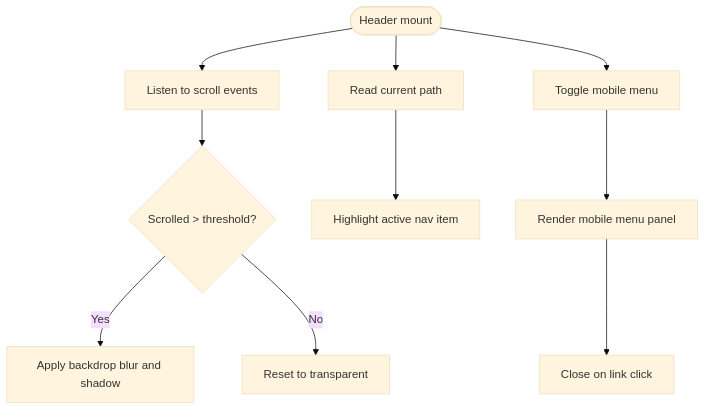
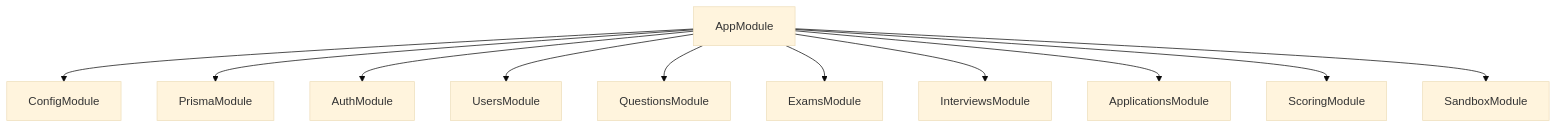
One commit to Hoshino-wind/ai-interview-platform changed the third of 9 diagrams in .qoder/repowiki/en/content/Architecture Overview.md. Above: the diagram before and after it, drawn with Mermaid (base theme). The commit also changed other lines of this file and 5 other files, not shown here.

````diff
--- a/.qoder/repowiki/en/content/Architecture Overview.md
+++ b/.qoder/repowiki/en/content/Architecture Overview.md
@@ -240,12 +162,24 @@
 ```mermaid
-flowchart TD
-Start(["Header mount"]) --> Scroll["Listen to scroll events"]
-Scroll --> IsScrolled{"Scrolled > threshold?"}
-IsScrolled --> |Yes| ApplyBlur["Apply backdrop blur and shadow"]
-IsScrolled --> |No| ResetStyles["Reset to transparent"]
-Start --> Pathname["Read current path"]
-Pathname --> Highlight["Highlight active nav item"]
-Start --> MobileToggle["Toggle mobile menu"]
-MobileToggle --> RenderMenu["Render mobile menu panel"]
-RenderMenu --> CloseOnSelect["Close on link click"]
+graph TB
+APPMOD["AppModule"]
+CONFIG["ConfigModule"]
+PRISMA["PrismaModule"]
+AUTH["AuthModule"]
+USERS["UsersModule"]
+QUESTIONS["QuestionsModule"]
+EXAMS["ExamsModule"]
+INTERVIEWS["InterviewsModule"]
+APPLICATIONS["ApplicationsModule"]
+SCORING["ScoringModule"]
+SANDBOX["SandboxModule"]
+APPMOD --> CONFIG
+APPMOD --> PRISMA
+APPMOD --> AUTH
+APPMOD --> USERS
+APPMOD --> QUESTIONS
+APPMOD --> EXAMS
+APPMOD --> INTERVIEWS
+APPMOD --> APPLICATIONS
+APPMOD --> SCORING
+APPMOD --> SANDBOX
 ```
````
